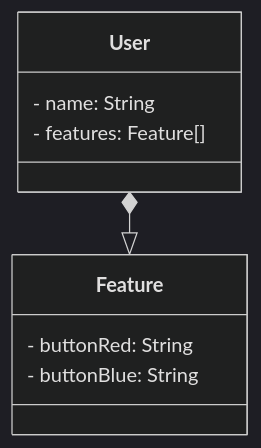
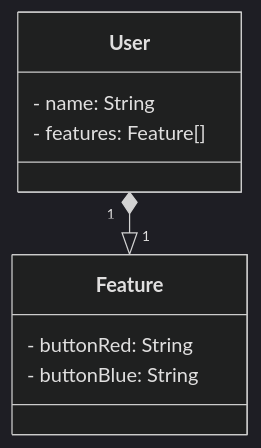
One commit to herb-sin/api changed the diagram in README.md. Above: the diagram before and after it, drawn with Mermaid (dark theme).

````diff
--- a/README.md
+++ b/README.md
@@ -5,13 +5,13 @@
 ```mermaid
 classDiagram
   class User {
     - name: String
     - features: Feature[]
   }
   class Feature {
     - buttonRed: String
     - buttonBlue: String
   }
 
-  User *--|> Feature
+  User "1" *--|> "1" Feature
 ```
````
